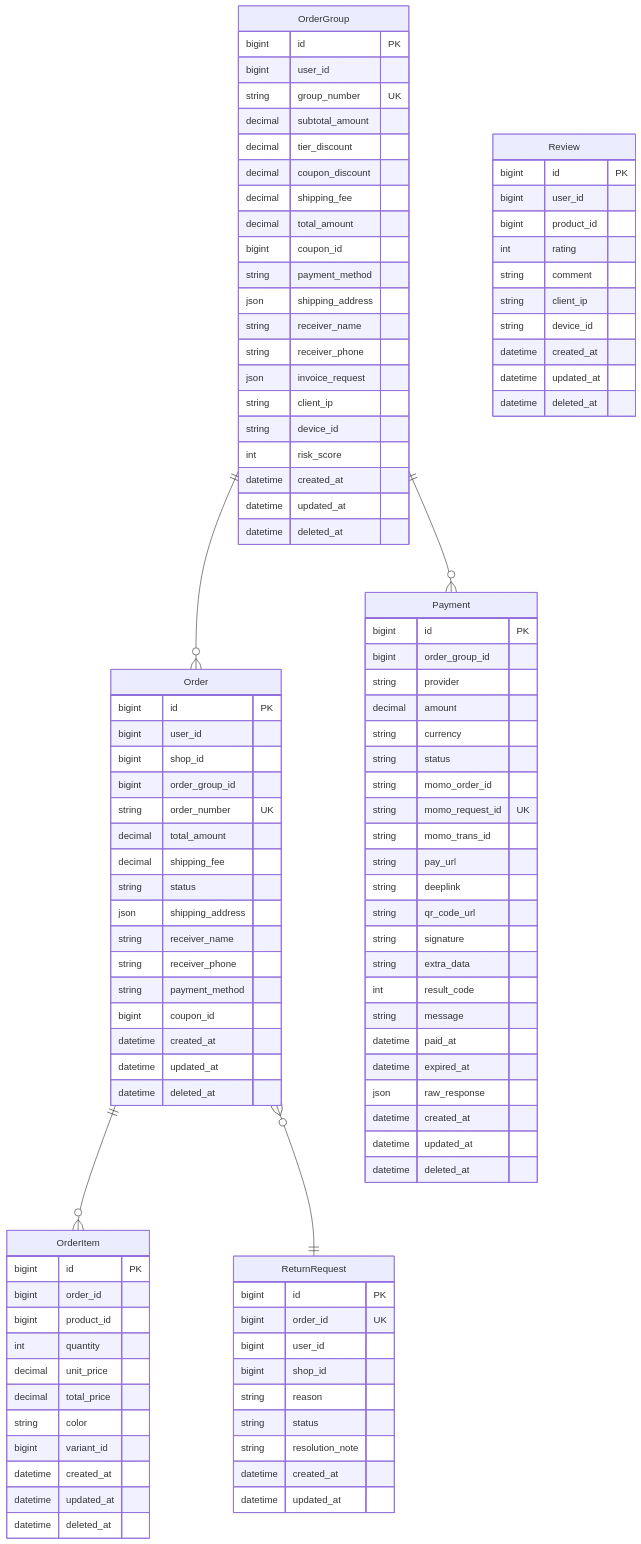
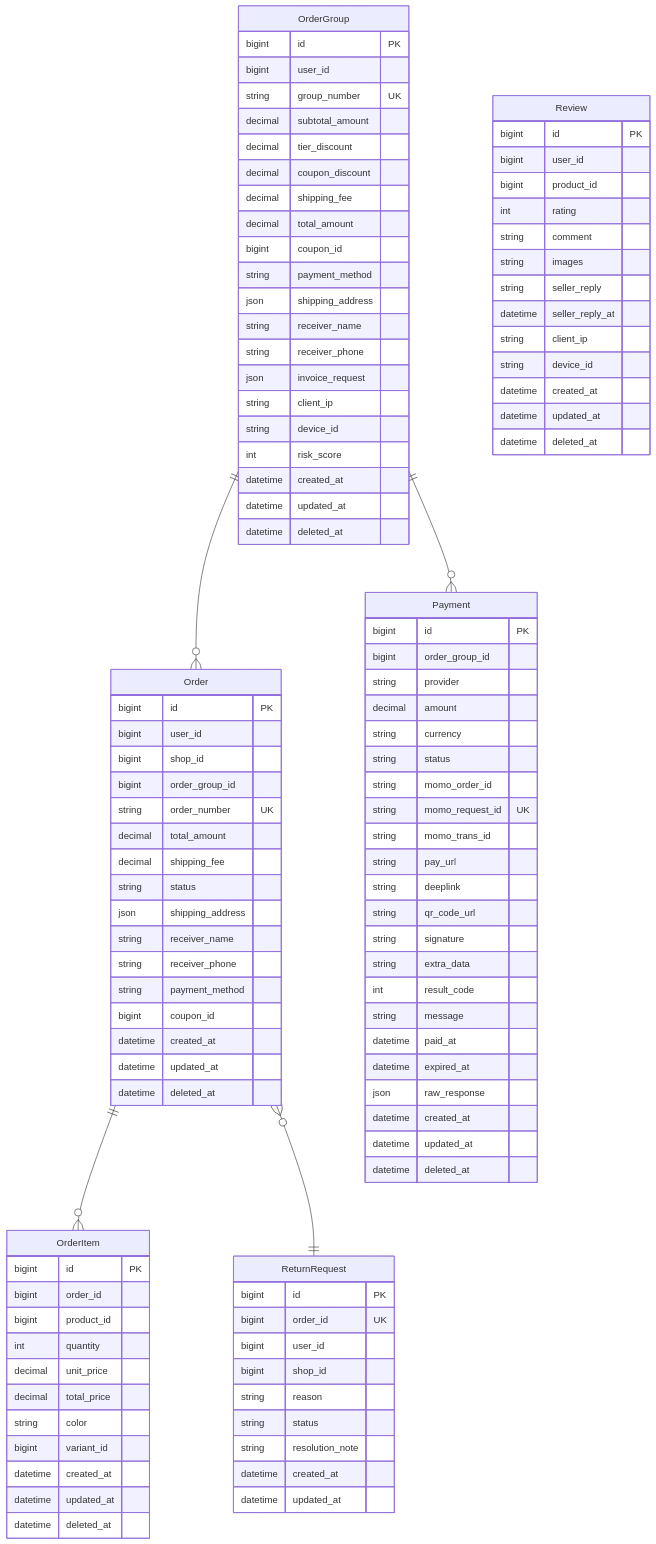
Before and after one commit to nguyenxduc/electric-ecommerce: the third of 6 diagrams in backend/docs/erd.md, drawn with Mermaid. The commit also changed other lines of this file and 2 other files, not shown here.

Commit message:
feat(db): review photos + seller reply, notification links, per-user voucher limit

```diff
--- a/backend/docs/erd.md
+++ b/backend/docs/erd.md
@@ -370,6 +371,9 @@
     bigint product_id
     int rating
     string comment
+    string images
+    string seller_reply
+    datetime seller_reply_at
     string client_ip
     string device_id
     datetime created_at
```
